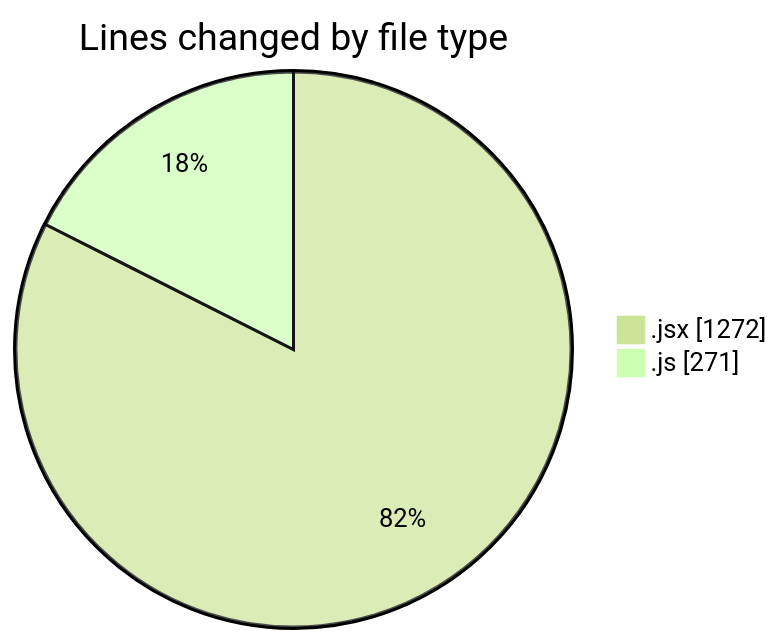
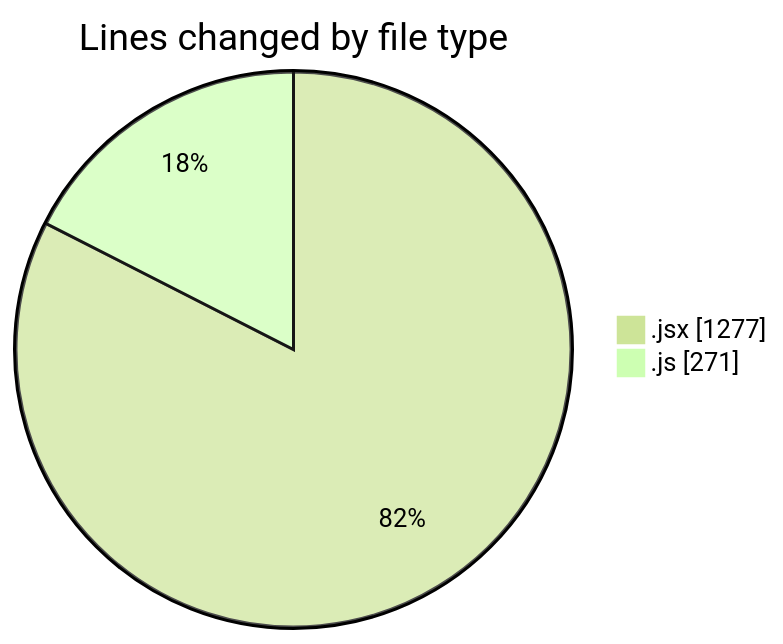
The first of 2 diagrams in 2025-05-19/nxtqube_webapp/README.md (nxtqubesakshisongat/code-tracking), drawn with Mermaid (forest theme) before and after one commit. The commit also changed other lines of this file and 1 other file, not shown here.

````diff
--- a/2025-05-19/nxtqube_webapp/README.md
+++ b/2025-05-19/nxtqube_webapp/README.md
@@ -26,6 +26,6 @@
 ```mermaid
 pie showData
 title Lines changed by file type
-".jsx" : 1272
+".jsx" : 1277
 ".js" : 271
 ```
````
